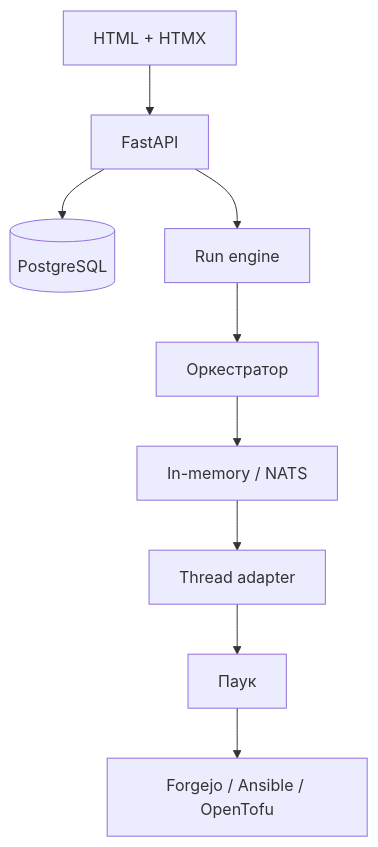
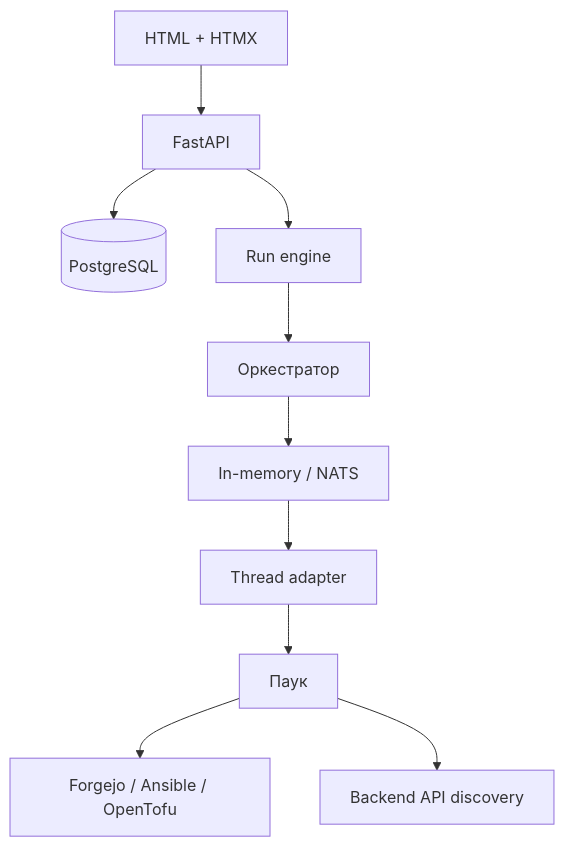
The first of 2 diagrams in docs/ru/architecture/overview.md (Aetton/arachne), drawn with Mermaid before and after one commit. The commit also changed other lines of this file, not shown here.

Commit message:
docs: describe managed machine and Golden Image architecture

````diff
--- a/docs/ru/architecture/overview.md
+++ b/docs/ru/architecture/overview.md
@@ -6,11 +9,12 @@
 ```mermaid
 flowchart TD
     UI["HTML + HTMX"] --> API["FastAPI"]
     API --> DB[(PostgreSQL)]
     API --> Engine["Run engine"]
     Engine --> Core["Оркестратор"]
     Core --> Bus["In-memory / NATS"]
     Bus --> Adapter["Thread adapter"]
     Adapter --> Spider["Паук"]
     Spider --> Backend["Forgejo / Ansible / OpenTofu"]
+    Spider --> InfraAPI["Backend API discovery"]
 ```
````
